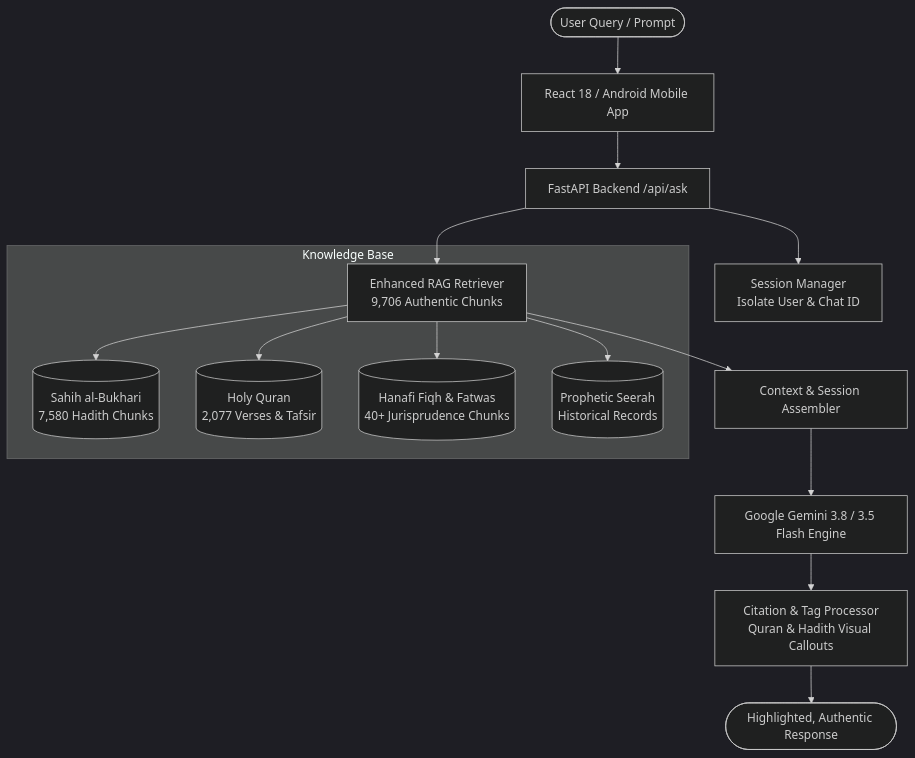
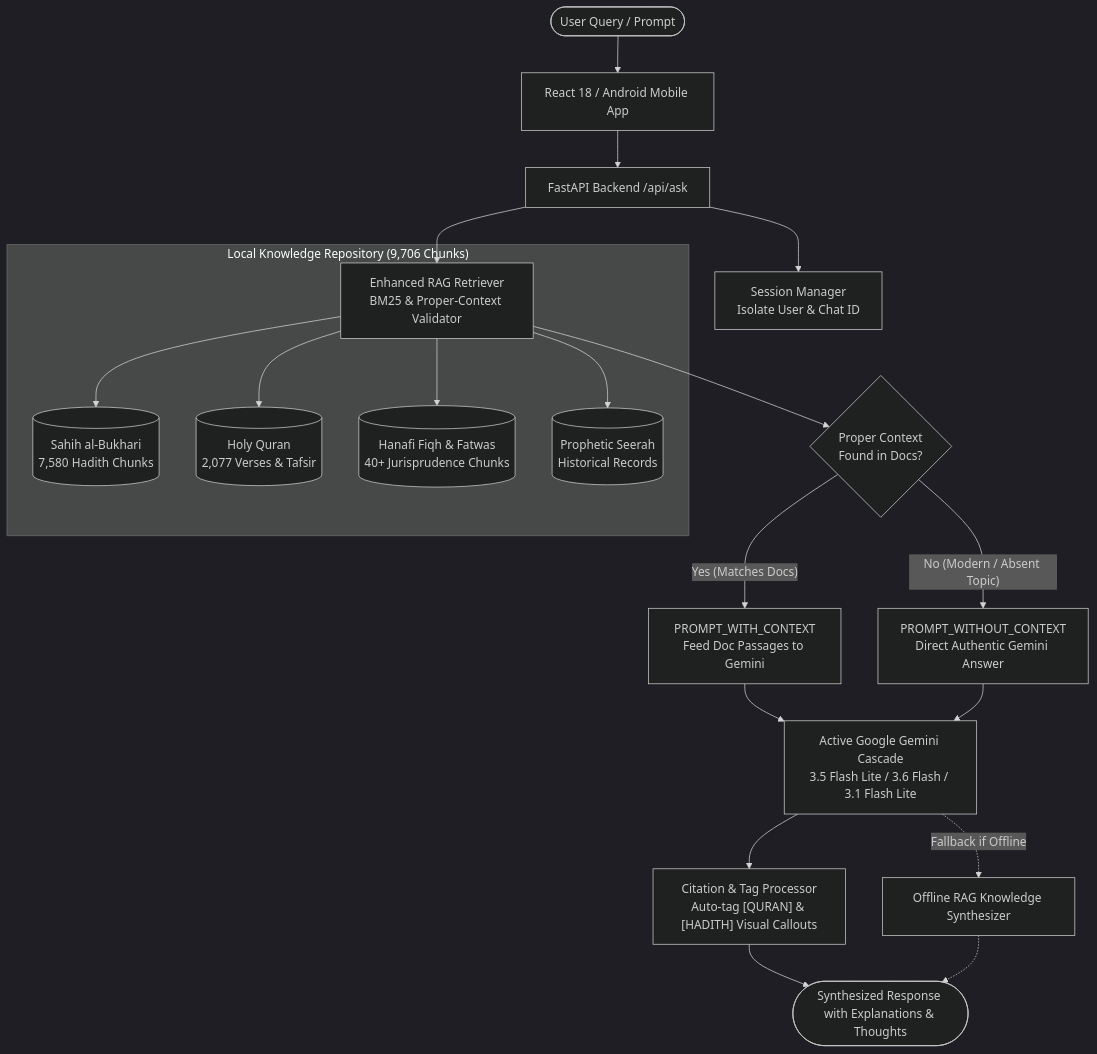
The diagram in README.md (mahadir04/islamic-agent), drawn with Mermaid (dark theme) before and after one commit. The commit also changed other lines of this file, not shown here.

Commit message:
docs: update README with dual-mode answer architecture, Hadith audio streaming, notification system, and active model cascade

````diff
--- a/README.md
+++ b/README.md
@@ -203,21 +212,29 @@
 ```mermaid
 flowchart TD
     User(["User Query / Prompt"]) --> UI["React 18 / Android Mobile App"]
     UI --> API["FastAPI Backend /api/ask"]
     
     API --> SessionMgr["Session Manager<br/>Isolate User & Chat ID"]
-    API --> RAG["Enhanced RAG Retriever<br/>9,706 Authentic Chunks"]
+    API --> RAG["Enhanced RAG Retriever<br/>BM25 & Proper-Context Validator"]
     
-    subgraph KB ["Knowledge Base"]
+    subgraph KB ["Local Knowledge Repository (9,706 Chunks)"]
         RAG --> DB1[("Sahih al-Bukhari<br/>7,580 Hadith Chunks")]
         RAG --> DB2[("Holy Quran<br/>2,077 Verses & Tafsir")]
         RAG --> DB3[("Hanafi Fiqh & Fatwas<br/>40+ Jurisprudence Chunks")]
         RAG --> DB4[("Prophetic Seerah<br/>Historical Records")]
     end
     
-    RAG --> ContextAssembler["Context & Session Assembler"]
-    ContextAssembler --> LLM["Google Gemini 3.8 / 3.5 Flash Engine"]
+    RAG --> CheckContext{"Proper Context<br/>Found in Docs?"}
     
-    LLM --> CitationParser["Citation & Tag Processor<br/>Quran & Hadith Visual Callouts"]
-    CitationParser --> Response(["Highlighted, Authentic Response"])
+    CheckContext -- "Yes (Matches Docs)" --> WithContext["PROMPT_WITH_CONTEXT<br/>Feed Doc Passages to Gemini"]
+    CheckContext -- "No (Modern / Absent Topic)" --> DirectMode["PROMPT_WITHOUT_CONTEXT<br/>Direct Authentic Gemini Answer"]
+    
+    WithContext --> LLM["Active Google Gemini Cascade<br/>3.5 Flash Lite / 3.6 Flash / 3.1 Flash Lite"]
+    DirectMode --> LLM
+    
+    LLM --> CitationParser["Citation & Tag Processor<br/>Auto-tag [QURAN] & [HADITH] Visual Callouts"]
+    CitationParser --> Response(["Synthesized Response with Explanations & Thoughts"])
+    
+    LLM -. "Fallback if Offline" .-> OfflineSynth["Offline RAG Knowledge Synthesizer"]
+    OfflineSynth -.-> Response
 ```
````
